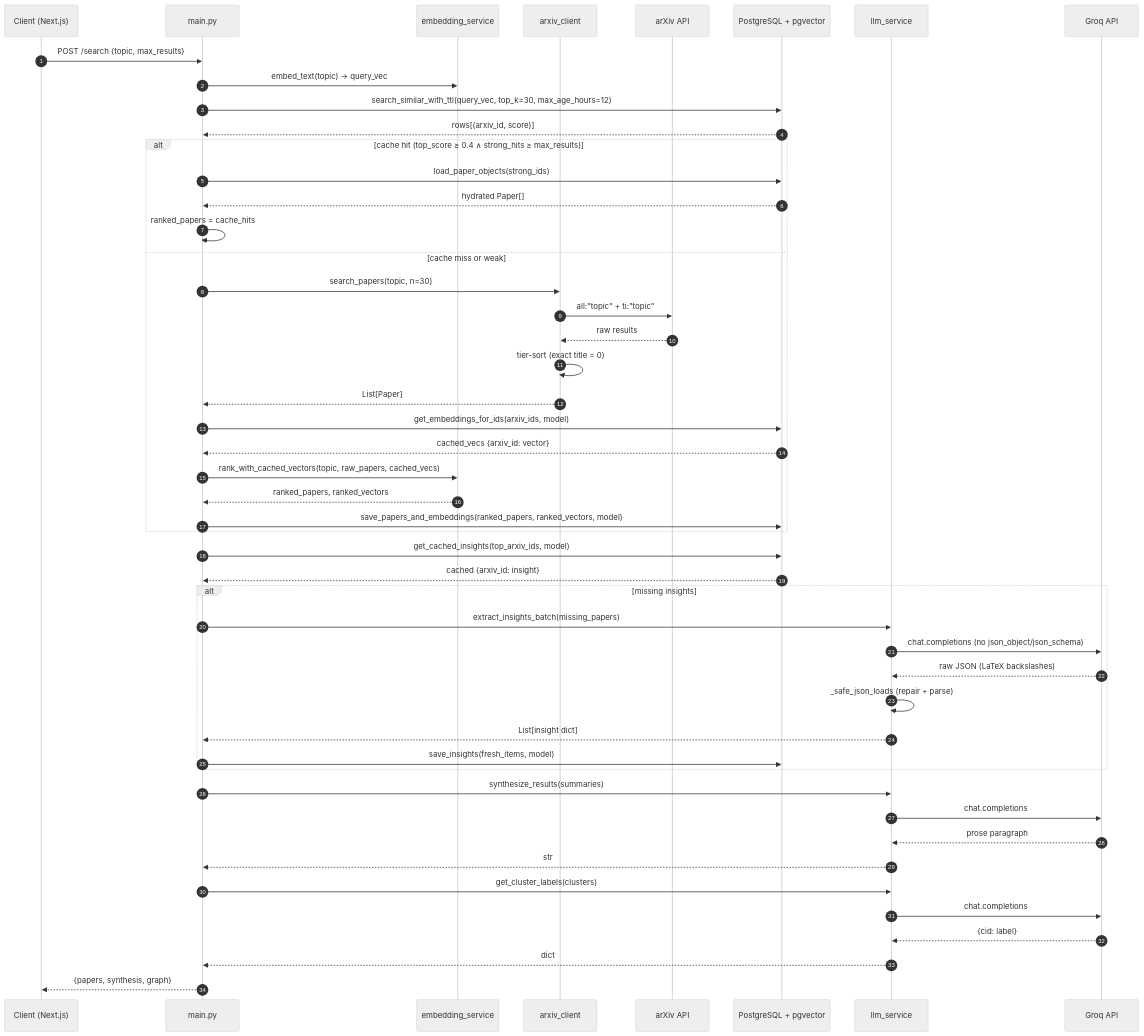
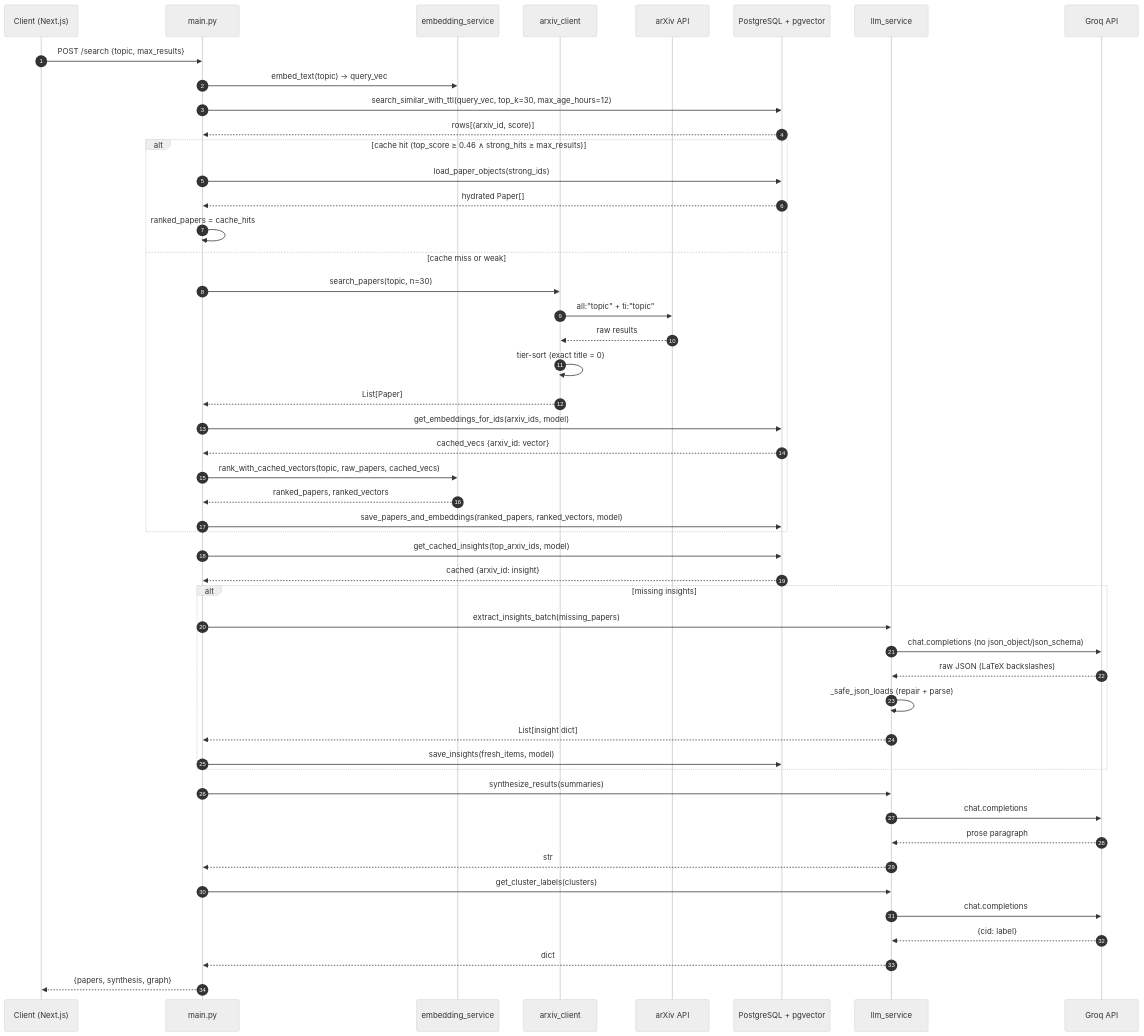
Before and after one commit to SKARAlpha0407/BTP_SEM_07: the second of 5 diagrams in REPORT.md, drawn with Mermaid (neutral theme). The commit also changed other lines of this file and 10 other files, not shown here.

````diff
--- a/REPORT.md
+++ b/REPORT.md
@@ -67,60 +67,60 @@
 ```mermaid
 sequenceDiagram
     autonumber
     participant C as Client (Next.js)
     participant M as main.py
     participant E as embedding_service
     participant A as arxiv_client
     participant AX as arXiv API
     participant DB as PostgreSQL + pgvector
     participant L as llm_service
     participant G as Groq API
 
     C->>M: POST /search {topic, max_results}
     M->>E: embed_text(topic) → query_vec
 
     %% Cache-first lookup
     M->>DB: search_similar_with_ttl(query_vec, top_k=30, max_age_hours=12)
     DB-->>M: rows[(arxiv_id, score)]
-    alt cache hit (top_score ≥ 0.4 ∧ strong_hits ≥ max_results)
+    alt cache hit (top_score ≥ 0.46 ∧ strong_hits ≥ max_results)
         M->>DB: load_paper_objects(strong_ids)
         DB-->>M: hydrated Paper[]
         M->>M: ranked_papers = cache_hits
     else cache miss or weak
         M->>A: search_papers(topic, n=30)
         A->>AX: all:"topic" + ti:"topic"
         AX-->>A: raw results
         A->>A: tier-sort (exact title = 0)
         A-->>M: List[Paper]
 
         M->>DB: get_embeddings_for_ids(arxiv_ids, model)
         DB-->>M: cached_vecs {arxiv_id: vector}
         M->>E: rank_with_cached_vectors(topic, raw_papers, cached_vecs)
         E-->>M: ranked_papers, ranked_vectors
         M->>DB: save_papers_and_embeddings(ranked_papers, ranked_vectors, model)
     end
 
     %% Insights: cached first
     M->>DB: get_cached_insights(top_arxiv_ids, model)
     DB-->>M: cached {arxiv_id: insight}
     alt missing insights
         M->>L: extract_insights_batch(missing_papers)
         L->>G: chat.completions (no json_object/json_schema)
         G-->>L: raw JSON (LaTeX backslashes)
         L->>L: _safe_json_loads (repair + parse)
         L-->>M: List[insight dict]
         M->>DB: save_insights(fresh_items, model)
     end
 
     M->>L: synthesize_results(summaries)
     L->>G: chat.completions
     G-->>L: prose paragraph
     L-->>M: str
 
     M->>L: get_cluster_labels(clusters)
     L->>G: chat.completions
     G-->>L: {cid: label}
     L-->>M: dict
 
     M-->>C: {papers, synthesis, graph}
 ```
````
